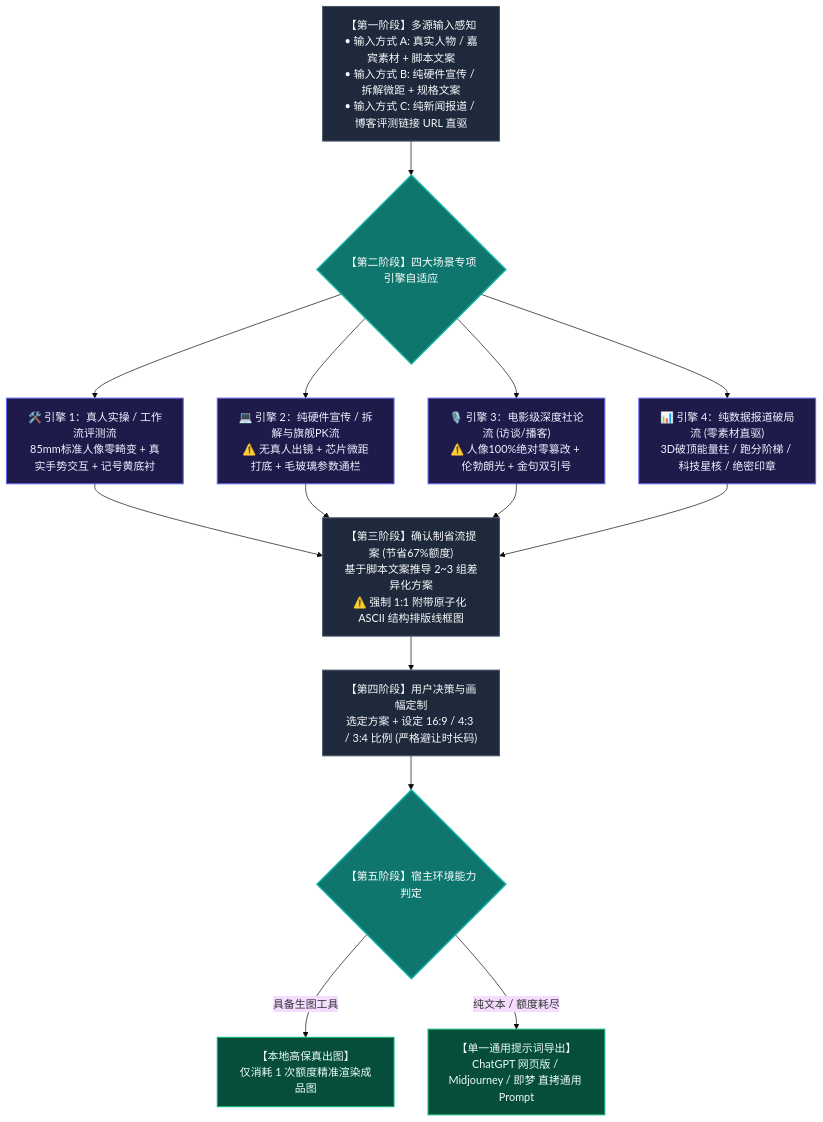
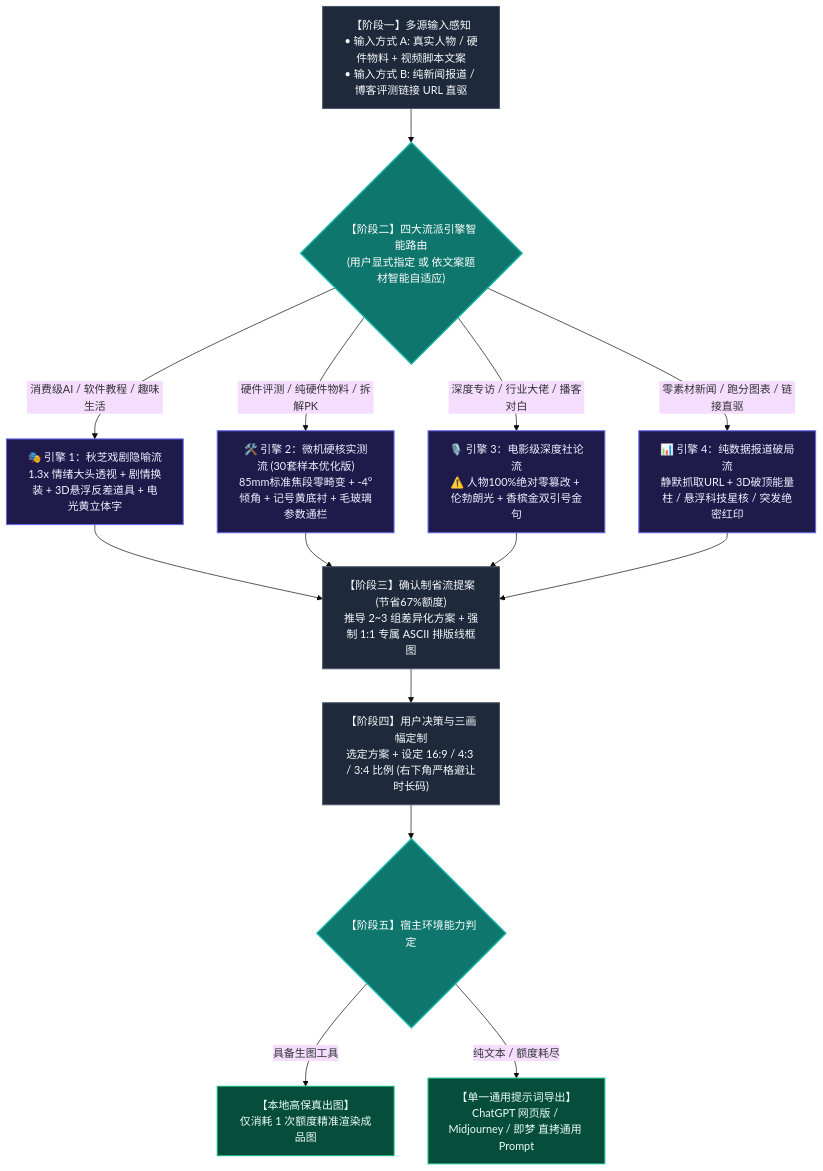
The diagram in README.md (XuBeiYou408/video-cover-designer), drawn with Mermaid (base theme) before and after one commit. The commit also changed other lines of this file and 1 other file, not shown here.

Commit message:
feat(architecture): restore full multi-style suite with optimized Microcomputer engine alongside Qiuzhi, Editorial, and Data engines

````diff
--- a/README.md
+++ b/README.md
@@ -34,31 +9,31 @@
 ```mermaid
 flowchart TD
-    A["【第一阶段】多源输入感知<br>• 输入方式 A: 真实人物 / 嘉宾素材 + 脚本文案<br>• 输入方式 B: 纯硬件宣传 / 拆解微距 + 规格文案<br>• 输入方式 C: 纯新闻报道 / 博客评测链接 URL 直驱"]
-    --> B{"【第二阶段】四大场景专项引擎自适应"}
+    A["【阶段一】多源输入感知<br>• 输入方式 A: 真实人物 / 硬件物料 + 视频脚本文案<br>• 输入方式 B: 纯新闻报道 / 博客评测链接 URL 直驱"]
+    --> B{"【阶段二】四大流派引擎智能路由<br>(用户显式指定 或 依文案题材智能自适应)"}
 
-    B --> C1["🛠️ 引擎 1：真人实操 / 工作流评测流<br>85mm标准人像零畸变 + 真实手势交互 + 记号黄底衬"]
-    B --> C2["💻 引擎 2：纯硬件宣传 / 拆解与旗舰PK流<br>⚠️ 无真人出镜 + 芯片微距打底 + 毛玻璃参数通栏"]
-    B --> C3["🎙️ 引擎 3：电影级深度社论流 (访谈/播客)<br>⚠️ 人像100%绝对零篡改 + 伦勃朗光 + 金句双引号"]
-    B --> C4["📊 引擎 4：纯数据报道破局流 (零素材直驱)<br>3D破顶能量柱 / 跑分阶梯 / 科技星核 / 绝密印章"]
+    B -->|消费级AI / 软件教程 / 趣味生活| C1["🎭 引擎 1：秋芝戏剧隐喻流<br>1.3x 情绪大头透视 + 剧情换装 + 3D悬浮反差道具 + 电光黄立体字"]
+    B -->|硬件评测 / 纯硬件物料 / 拆解PK| C2["🛠️ 引擎 2：微机硬核实测流 (30套样本优化版)<br>85mm标准焦段零畸变 + -4°倾角 + 记号黄底衬 + 毛玻璃参数通栏"]
+    B -->|深度专访 / 行业大佬 / 播客对白| C3["🎙️ 引擎 3：电影级深度社论流<br>⚠️ 人物100%绝对零篡改 + 伦勃朗光 + 香槟金双引号金句"]
+    B -->|零素材新闻 / 跑分图表 / 链接直驱| C4["📊 引擎 4：纯数据报道破局流<br>静默抓取URL + 3D破顶能量柱 / 悬浮科技星核 / 突发绝密红印"]
 
-    C1 --> D["【第三阶段】确认制省流提案 (节省67%额度)<br>基于脚本文案推导 2~3 组差异化方案<br>⚠️ 强制 1:1 附带原子化 ASCII 结构排版线框图"]
+    C1 --> D["【阶段三】确认制省流提案 (节省67%额度)<br>推导 2~3 组差异化方案 + 强制 1:1 专属 ASCII 排版线框图"]
     C2 --> D
     C3 --> D
     C4 --> D
 
-    D --> E["【第四阶段】用户决策与画幅定制<br>选定方案 + 设定 16:9 / 4:3 / 3:4 比例 (严格避让时长码)"]
+    D --> E["【阶段四】用户决策与三画幅定制<br>选定方案 + 设定 16:9 / 4:3 / 3:4 比例 (右下角严格避让时长码)"]
 
-    E --> F{"【第五阶段】宿主环境能力判定"}
+    E --> F{"【阶段五】宿主环境能力判定"}
     F -->|具备生图工具| G["【本地高保真出图】<br>仅消耗 1 次额度精准渲染成品图"]
     F -->|纯文本 / 额度耗尽| H["【单一通用提示词导出】<br>ChatGPT 网页版 / Midjourney / 即梦 直拷通用 Prompt"]
 
     classDef stage fill:#1E293B,stroke:#475569,color:#F8FAFC,stroke-width:1.5px;
     classDef decision fill:#0F766E,stroke:#14B8A6,color:#FFFFFF,stroke-width:2px;
     classDef engine fill:#1E1B4B,stroke:#6366F1,color:#EEF2FF,stroke-width:1.5px;
     classDef output fill:#064E3B,stroke:#10B981,color:#ECFDF5,stroke-width:1.5px;
 
     class A,D,E stage;
     class B,F decision;
     class C1,C2,C3,C4 engine;
     class G,H output;
 ```
````
